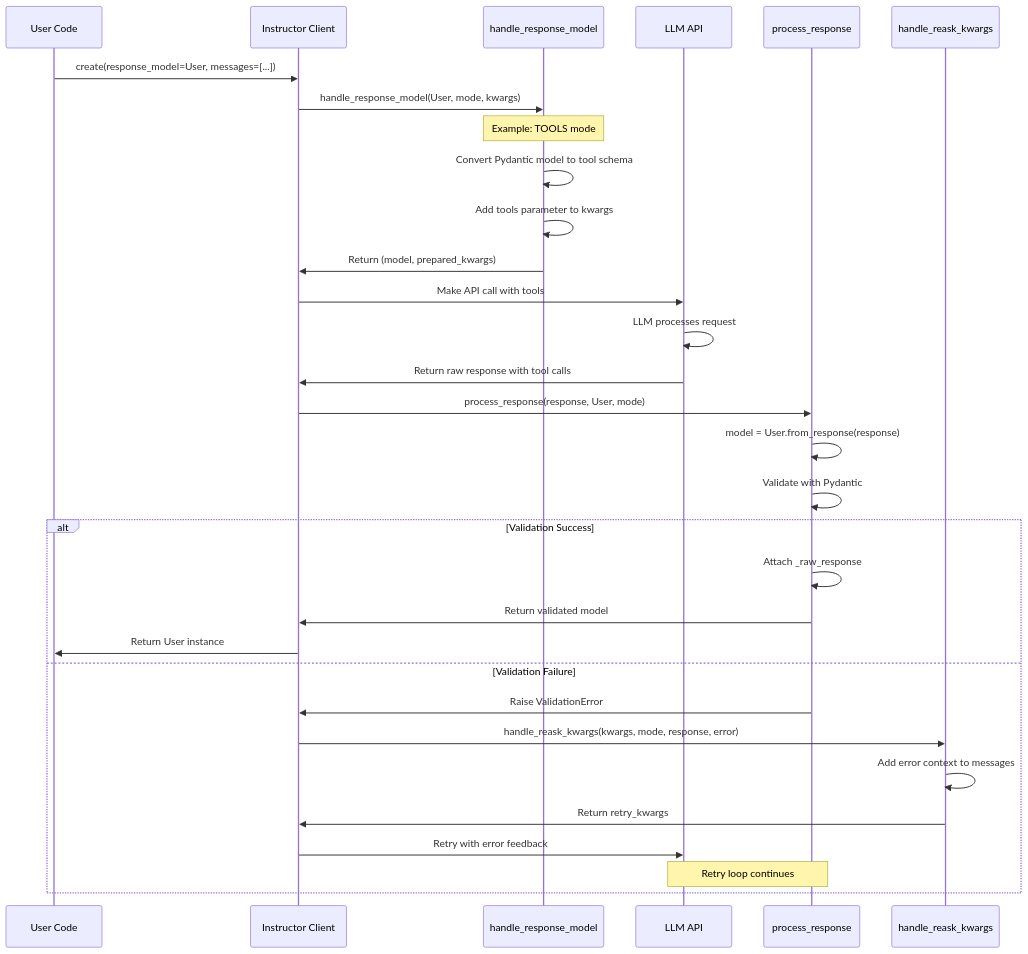
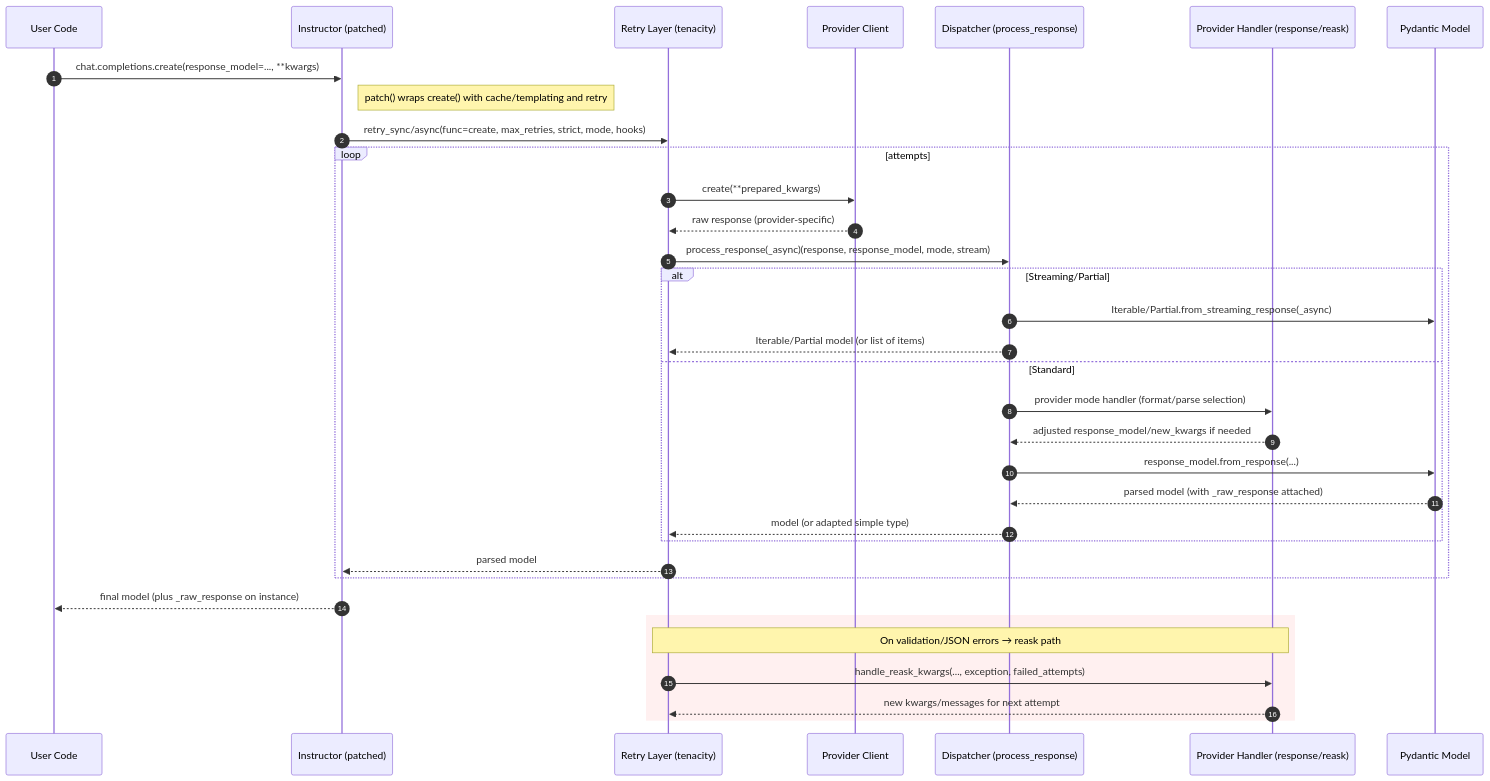
The diagram in docs/architecture.md (ssheraz18/instructor), drawn with Mermaid before and after one commit. The commit also changed other lines of this file and 6 other files, not shown here.

````diff
--- a/docs/architecture.md
+++ b/docs/architecture.md
@@ -146,40 +7,38 @@
 ```mermaid
 sequenceDiagram
-    participant User as User Code
-    participant Client as Instructor Client
-    participant HandleModel as handle_response_model
-    participant API as LLM API
-    participant ProcessResp as process_response
-    participant Reask as handle_reask_kwargs
-    
-    %% Request Phase
-    User->>Client: create(response_model=User, messages=[...])
-    Client->>HandleModel: handle_response_model(User, mode, kwargs)
-    
-    Note over HandleModel: Example: TOOLS mode
-    HandleModel->>HandleModel: Convert Pydantic model to tool schema
-    HandleModel->>HandleModel: Add tools parameter to kwargs
-    
-    HandleModel->>Client: Return (model, prepared_kwargs)
-    Client->>API: Make API call with tools
-    API->>API: LLM processes request
-    API->>Client: Return raw response with tool calls
-    
-    %% Response Processing Phase
-    Client->>ProcessResp: process_response(response, User, mode)
-    ProcessResp->>ProcessResp: model = User.from_response(response)
-    ProcessResp->>ProcessResp: Validate with Pydantic
-    
-    alt Validation Success
-        ProcessResp->>ProcessResp: Attach _raw_response
-        ProcessResp->>Client: Return validated model
-        Client->>User: Return User instance
-    else Validation Failure
-        ProcessResp->>Client: Raise ValidationError
-        Client->>Reask: handle_reask_kwargs(kwargs, mode, response, error)
-        Reask->>Reask: Add error context to messages
-        Reask->>Client: Return retry_kwargs
-        Client->>API: Retry with error feedback
-        Note over API,ProcessResp: Retry loop continues
+    autonumber
+    participant U as User Code
+    participant I as Instructor (patched)
+    participant R as Retry Layer (tenacity)
+    participant C as Provider Client
+    participant D as Dispatcher (process_response)
+    participant H as Provider Handler (response/reask)
+    participant M as Pydantic Model
+
+    U->>I: chat.completions.create(response_model=..., **kwargs)
+    Note right of I: patch() wraps create() with cache/templating and retry
+    I->>R: retry_sync/async(func=create, max_retries, strict, mode, hooks)
+    loop attempts
+        R->>C: create(**prepared_kwargs)
+        C-->>R: raw response (provider-specific)
+        R->>D: process_response(_async)(response, response_model, mode, stream)
+        alt Streaming/Partial
+            D->>M: Iterable/Partial.from_streaming_response(_async)
+            D-->>R: Iterable/Partial model (or list of items)
+        else Standard
+            D->>H: provider mode handler (format/parse selection)
+            H-->>D: adjusted response_model/new_kwargs if needed
+            D->>M: response_model.from_response(...)
+            M-->>D: parsed model (with _raw_response attached)
+            D-->>R: model (or adapted simple type)
+        end
+        R-->>I: parsed model
+    end
+    I-->>U: final model (plus _raw_response on instance)
+
+    rect rgb(255,240,240)
+    Note over R,H: On validation/JSON errors → reask path
+    R->>H: handle_reask_kwargs(..., exception, failed_attempts)
+    H-->>R: new kwargs/messages for next attempt
     end
 ```
````
